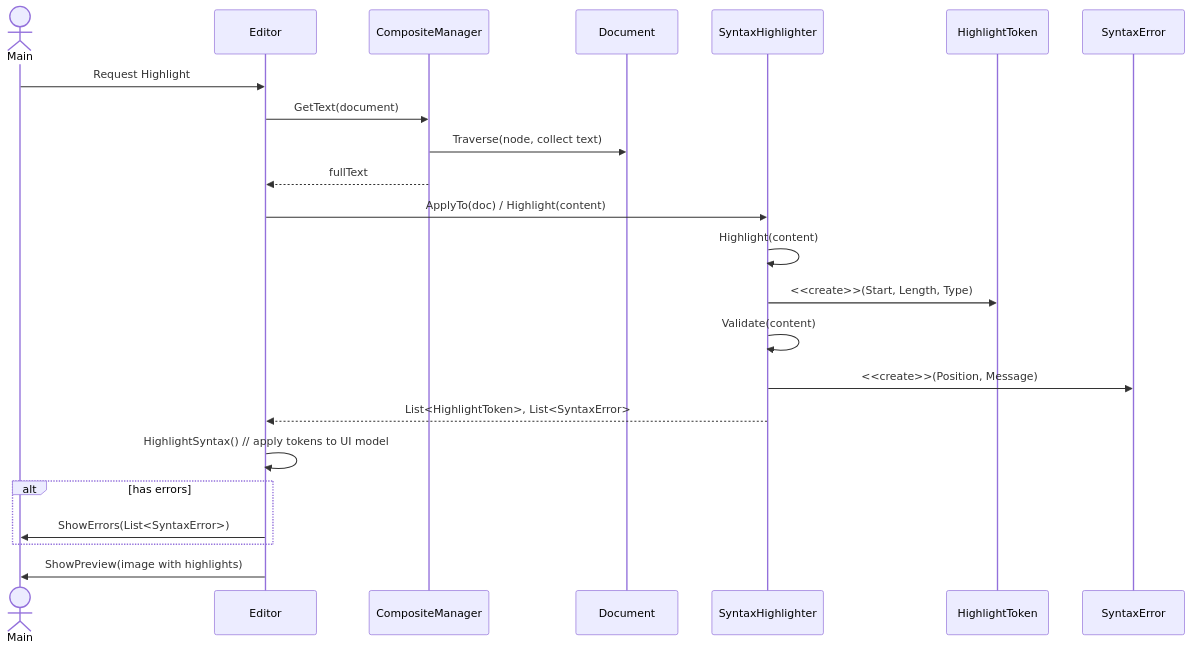
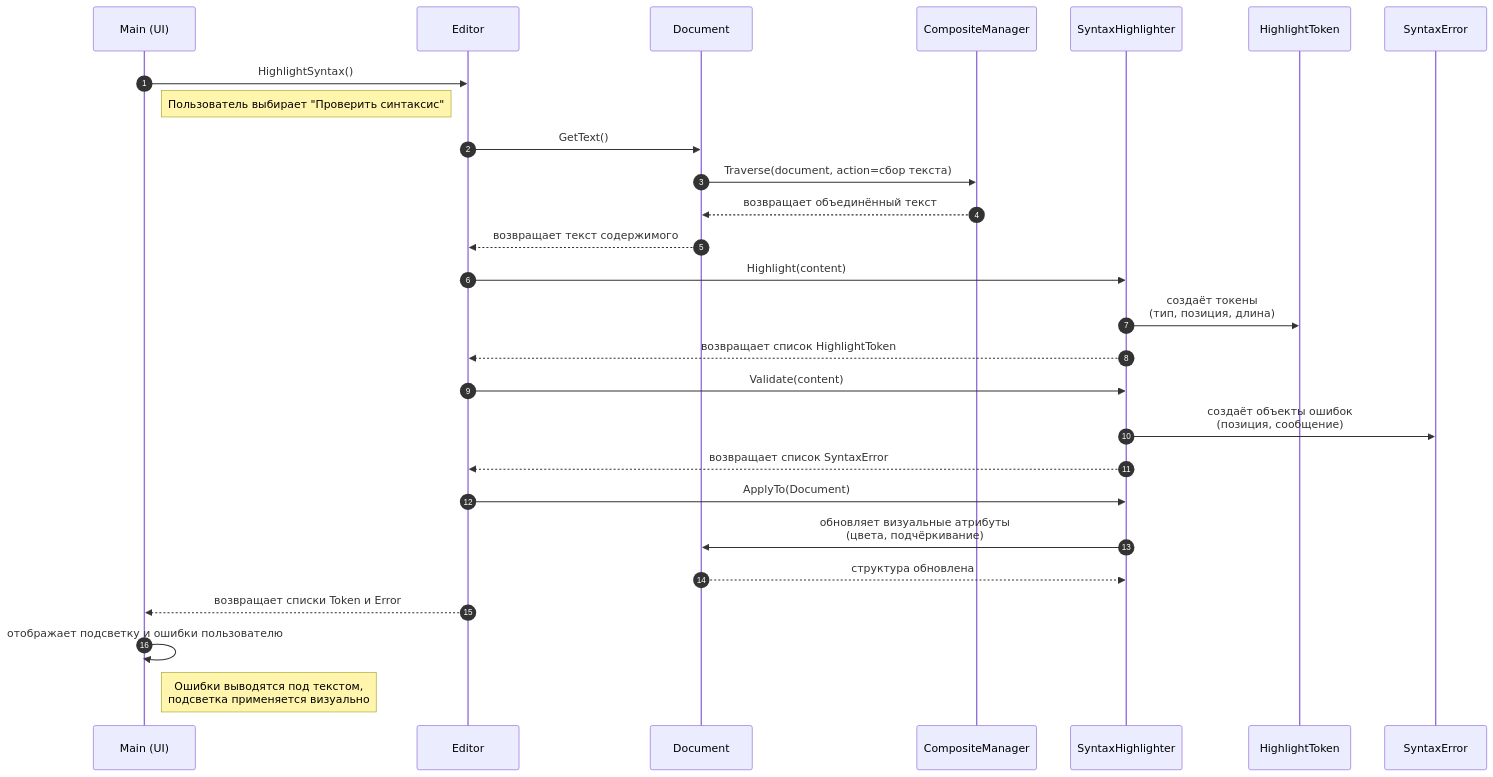
One commit to penamarth/bsbo-03-23_team6_var11_textedit changed the diagram in Документация/Сценарии использования/04-Подсветка синтаксиса/Диаграмма последовательности Подсветка синтаксиса.md. Above: the diagram before and after it, drawn with Mermaid.

Commit message:
Update Диаграмма последовательности Подсветка синтаксиса.md

````diff
--- a/Документация/Сценарии использования/04-Подсветка синтаксиса/Диаграмма последовательности Подсветка синтаксиса.md
+++ b/Документация/Сценарии использования/04-Подсветка синтаксиса/Диаграмма последовательности Подсветка синтаксиса.md
@@ -3,32 +3,42 @@
 ```mermaid
 sequenceDiagram
-    actor Main
-    participant Editor
-    participant CompositeManager
-    participant Document
-    participant SyntaxHighlighter
-    participant HighlightToken
-    participant SyntaxError
+    autonumber
+    participant Main as Main (UI)
+    participant Editor as Editor
+    participant Document as Document
+    participant CompositeManager as CompositeManager
+    participant SyntaxHighlighter as SyntaxHighlighter
+    participant HighlightToken as HighlightToken
+    participant SyntaxError as SyntaxError
 
-    Main->>Editor: Request Highlight
-    Editor->>CompositeManager: GetText(document)
-    CompositeManager->>Document: Traverse(node, collect text)
-    CompositeManager-->>Editor: fullText
+    %% === ИНИЦИАЦИЯ ===
+    Main->>Editor: HighlightSyntax()
+    Note right of Main: Пользователь выбирает "Проверить синтаксис"
 
-    Editor->>SyntaxHighlighter: ApplyTo(doc) / Highlight(content)
-    SyntaxHighlighter->>SyntaxHighlighter: Highlight(content)
-    SyntaxHighlighter->>HighlightToken: <<create>>(Start, Length, Type)
+   
+    Editor->>Document: GetText()
+    Document->>CompositeManager: Traverse(document, action=сбор текста)
+    CompositeManager-->>Document: возвращает объединённый текст
+    Document-->>Editor: возвращает текст содержимого
 
-    SyntaxHighlighter->>SyntaxHighlighter: Validate(content)
-    SyntaxHighlighter->>SyntaxError: <<create>>(Position, Message)
+    
+    Editor->>SyntaxHighlighter: Highlight(content)
+    SyntaxHighlighter->>HighlightToken: создаёт токены<br/>(тип, позиция, длина)
+    SyntaxHighlighter-->>Editor: возвращает список HighlightToken
 
-    SyntaxHighlighter-->>Editor: List<HighlightToken>, List<SyntaxError>
+   
+    Editor->>SyntaxHighlighter: Validate(content)
+    SyntaxHighlighter->>SyntaxError: создаёт объекты ошибок<br/>(позиция, сообщение)
+    SyntaxHighlighter-->>Editor: возвращает список SyntaxError
 
-    Editor->>Editor: HighlightSyntax() // apply tokens to UI model
-    alt has errors
-        Editor->>Main: ShowErrors(List<SyntaxError>)
-    end
-    Editor->>Main: ShowPreview(image with highlights)
+    
+    Editor->>SyntaxHighlighter: ApplyTo(Document)
+    SyntaxHighlighter->>Document: обновляет визуальные атрибуты<br/>(цвета, подчёркивание)
+    Document-->>SyntaxHighlighter: структура обновлена
 
+    
+    Editor-->>Main: возвращает списки Token и Error
+    Main->>Main: отображает подсветку и ошибки пользователю
+    Note right of Main: Ошибки выводятся под текстом,<br/>подсветка применяется визуально
 
 ```
````
